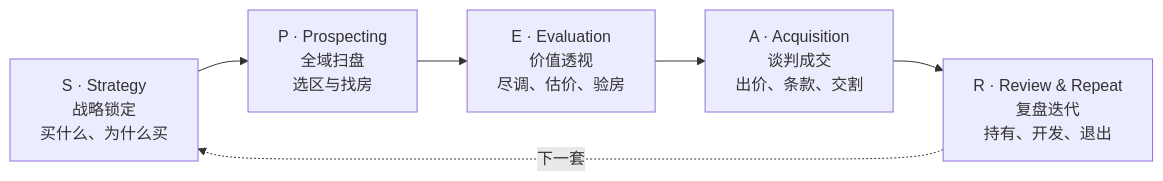
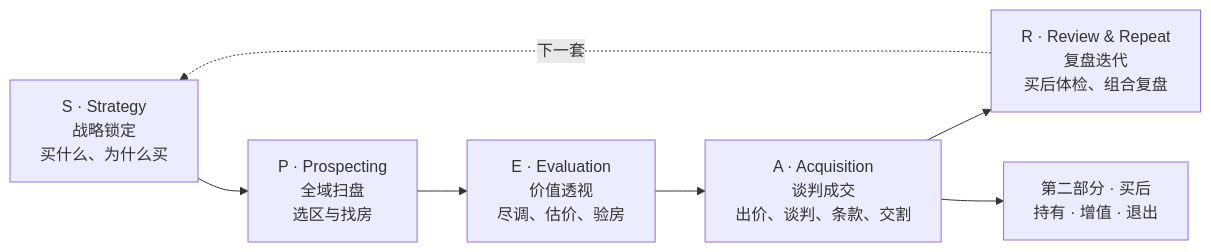
Before and after one commit to theshuailuo/aus-property-skills: the diagram in README.md, drawn with Mermaid. The commit also changed other lines of this file and 5 other files, not shown here.

````diff
--- a/README.md
+++ b/README.md
@@ -15,8 +15,9 @@
 ```mermaid
 flowchart LR
   S["S · Strategy<br/>战略锁定<br/>买什么、为什么买"] --> P["P · Prospecting<br/>全域扫盘<br/>选区与找房"]
   P --> E["E · Evaluation<br/>价值透视<br/>尽调、估价、验房"]
-  E --> A["A · Acquisition<br/>谈判成交<br/>出价、条款、交割"]
-  A --> R["R · Review & Repeat<br/>复盘迭代<br/>持有、开发、退出"]
+  E --> A["A · Acquisition<br/>谈判成交<br/>出价、谈判、条款、交割"]
+  A --> R["R · Review & Repeat<br/>复盘迭代<br/>买后体检、组合复盘"]
   R -. 下一套 .-> S
+  A --> H["第二部分 · 买后<br/>持有 · 增值 · 退出"]
 ```
````
